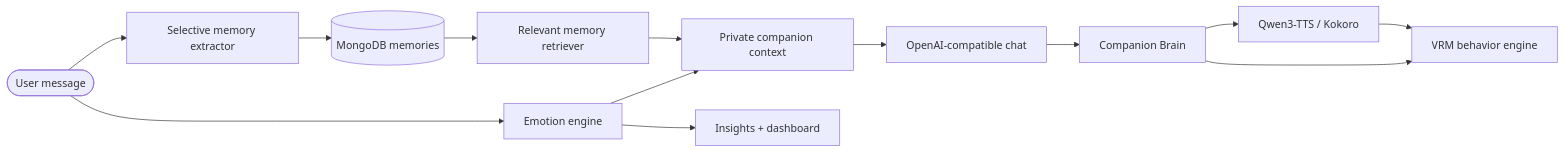
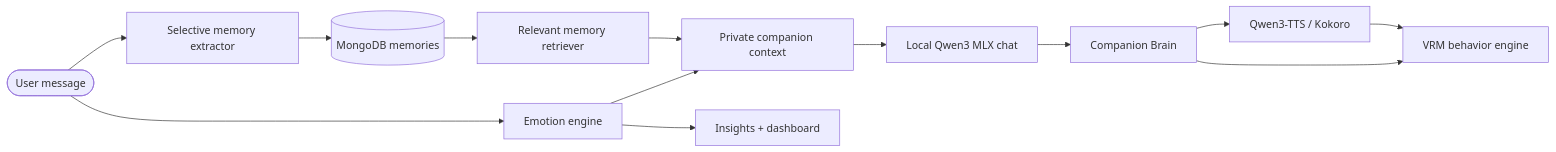
One commit to MaheshReddy-ML/AI-Companion changed the diagram in README.md. Above: the diagram before and after it, drawn with Mermaid. The commit also changed other lines of this file and 34 other files, not shown here.

````diff
--- a/README.md
+++ b/README.md
@@ -66,15 +66,15 @@
 ```mermaid
 flowchart LR
     U([User message]) --> E[Emotion engine]
     U --> M[Selective memory extractor]
     M --> R[(MongoDB memories)]
     R --> K[Relevant memory retriever]
     E --> P[Private companion context]
     K --> P
-    P --> A[OpenAI-compatible chat]
+    P --> A[Local Qwen3 MLX chat]
     A --> B[Companion Brain]
     B --> V[Qwen3-TTS / Kokoro]
     B --> G[VRM behavior engine]
     E --> D[Insights + dashboard]
     V --> G
 ```
````
